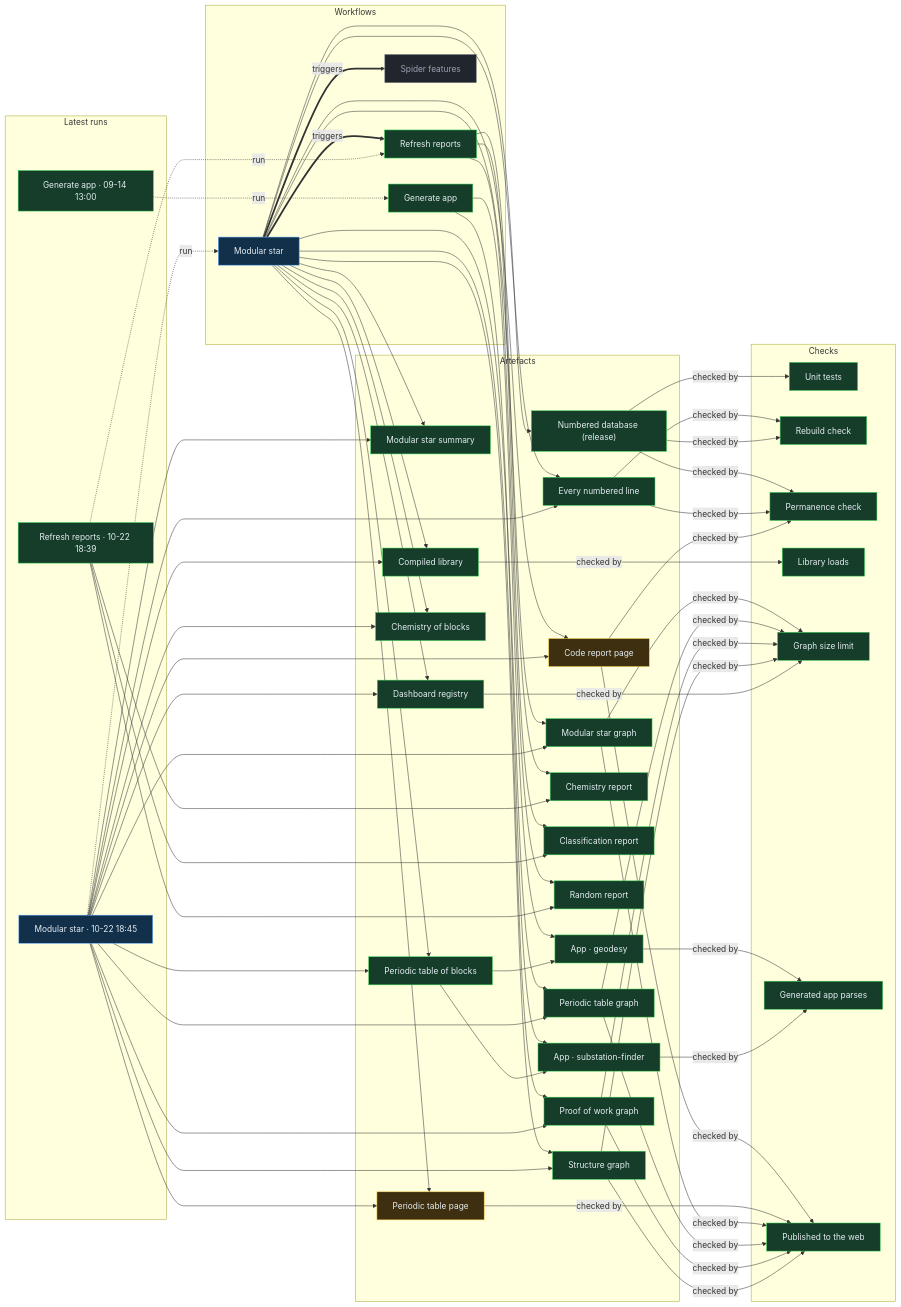
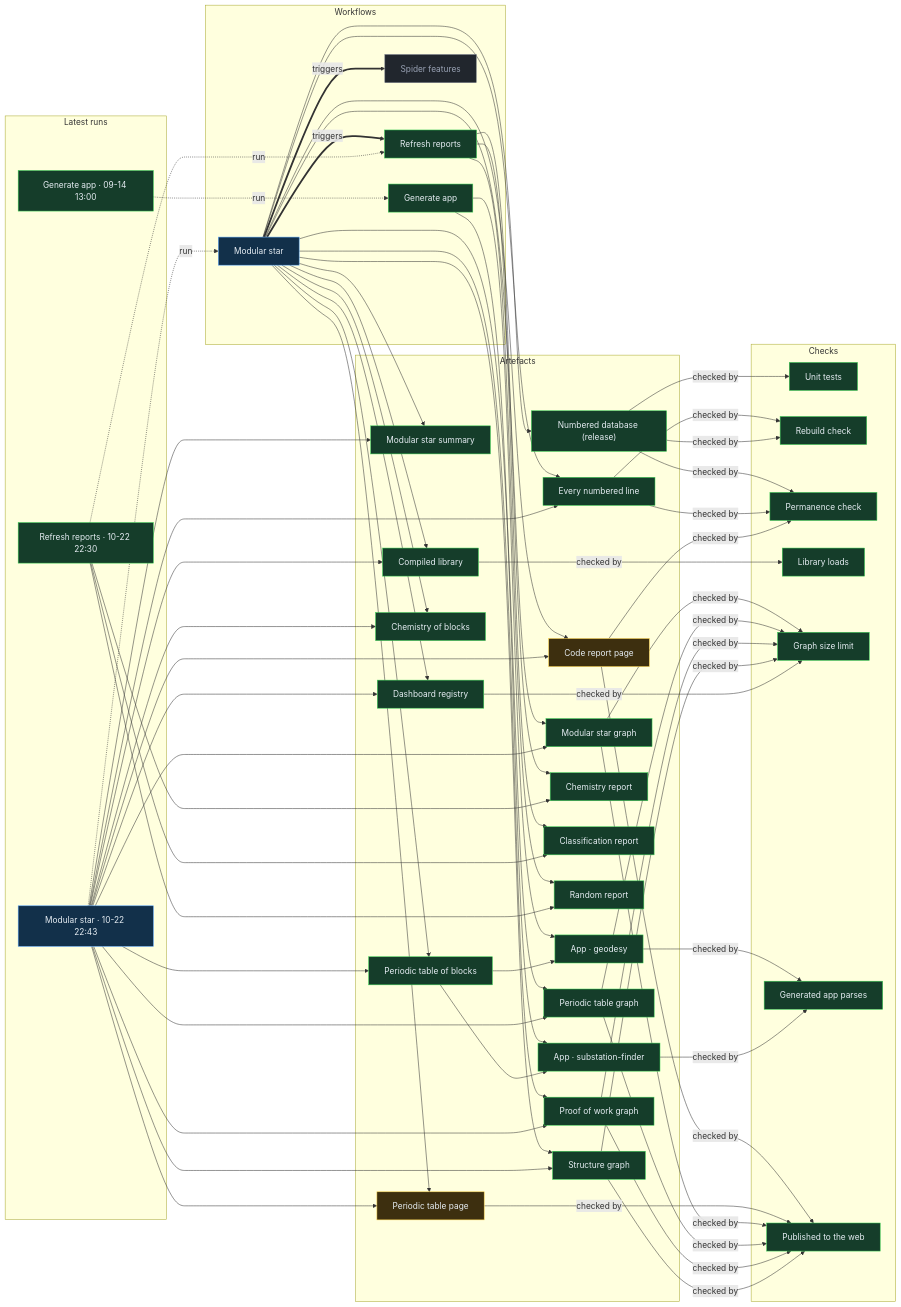
Before and after one commit to Ventusltd/stars: the diagram in proof/PROOF.md, drawn with Mermaid. The commit also changed other lines of this file and 44 other files, not shown here.

Commit message:
Modular star 2026-10-22T22:46Z

```diff
--- a/proof/PROOF.md
+++ b/proof/PROOF.md
@@ -24,8 +24,8 @@
   n_wf_spider_features["Spider features"]:::off
   end
   subgraph g_runs["Latest runs"]
-  n_run_39834215916["Modular star · 10-22 18:45"]:::live
-  n_run_39833309340["Refresh reports · 10-22 18:39"]:::ok
+  n_run_39866963879["Modular star · 10-22 22:43"]:::live
+  n_run_39865490176["Refresh reports · 10-22 22:30"]:::ok
   n_run_34846587798["Generate app · 09-14 13:00"]:::ok
   end
   subgraph g_artefacts["Artefacts"]
@@ -59,39 +59,39 @@
   end
   n_wf_modular_star == triggers ==> n_wf_refresh
   n_wf_modular_star == triggers ==> n_wf_spider_features
-  n_run_39834215916 -. run .-> n_wf_modular_star
-  n_run_39833309340 -. run .-> n_wf_refresh
+  n_run_39866963879 -. run .-> n_wf_modular_star
+  n_run_39865490176 -. run .-> n_wf_refresh
   n_run_34846587798 -. run .-> n_wf_generate
   n_wf_modular_star --> n_art_summary
-  n_run_39834215916 --> n_art_summary
+  n_run_39866963879 --> n_art_summary
   n_wf_modular_star --> n_art_lines
-  n_run_39834215916 --> n_art_lines
+  n_run_39866963879 --> n_art_lines
   n_wf_modular_star --> n_art_code
-  n_run_39834215916 --> n_art_code
+  n_run_39866963879 --> n_art_code
   n_wf_modular_star --> n_art_modular_graph
-  n_run_39834215916 --> n_art_modular_graph
+  n_run_39866963879 --> n_art_modular_graph
   n_wf_modular_star --> n_art_blocks
-  n_run_39834215916 --> n_art_blocks
+  n_run_39866963879 --> n_art_blocks
   n_wf_modular_star --> n_art_table
-  n_run_39834215916 --> n_art_table
+  n_run_39866963879 --> n_art_table
   n_wf_modular_star --> n_art_blocks_graph
-  n_run_39834215916 --> n_art_blocks_graph
+  n_run_39866963879 --> n_art_blocks_graph
   n_wf_modular_star --> n_art_reactions
-  n_run_39834215916 --> n_art_reactions
+  n_run_39866963879 --> n_art_reactions
   n_wf_modular_star --> n_art_library
-  n_run_39834215916 --> n_art_library
+  n_run_39866963879 --> n_art_library
   n_wf_modular_star --> n_art_features
-  n_run_39834215916 --> n_art_features
+  n_run_39866963879 --> n_art_features
   n_wf_modular_star --> n_art_proof
-  n_run_39834215916 --> n_art_proof
+  n_run_39866963879 --> n_art_proof
   n_wf_modular_star --> n_art_structure
-  n_run_39834215916 --> n_art_structure
+  n_run_39866963879 --> n_art_structure
   n_wf_refresh --> n_art_chemistry
-  n_run_39833309340 --> n_art_chemistry
+  n_run_39865490176 --> n_art_chemistry
   n_wf_refresh --> n_art_vedic
-  n_run_39833309340 --> n_art_vedic
+  n_run_39865490176 --> n_art_vedic
   n_wf_refresh --> n_art_random
-  n_run_39833309340 --> n_art_random
+  n_run_39865490176 --> n_art_random
   n_wf_modular_star --> n_art_release
   n_wf_generate --> n_app_geodesy
   n_art_blocks --> n_app_geodesy
```
